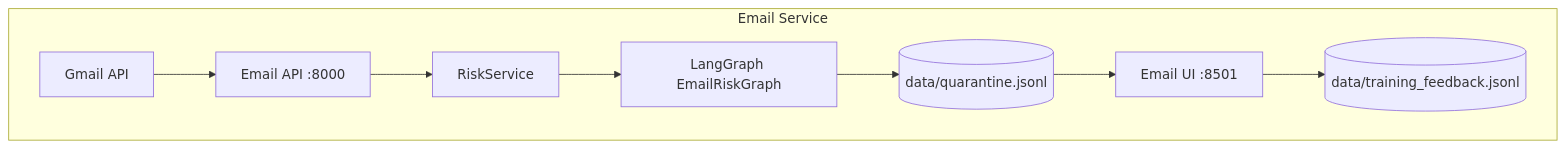
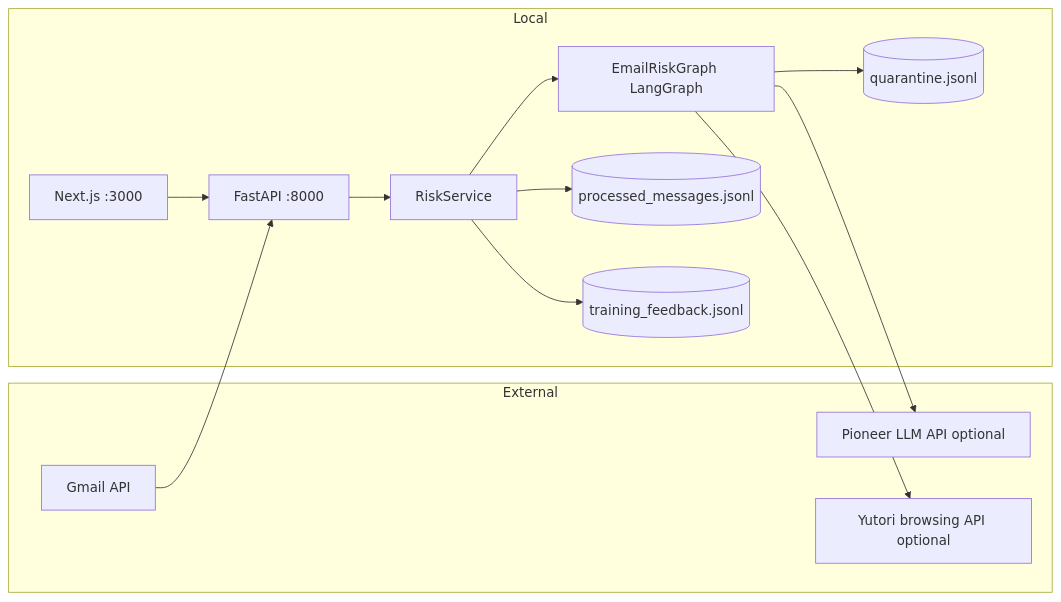
The first of 4 diagrams in README.md (pramodthe/anti-scam.ai), drawn with Mermaid before and after one commit. The commit also changed other lines of this file and 21 other files, not shown here.

````diff
--- a/README.md
+++ b/README.md
@@ -23,12 +32,28 @@
 ```mermaid
-graph TB
-    subgraph Email Service
-        Gmail[Gmail API] --> EmailAPI[Email API :8000]
-        EmailAPI --> RiskService[RiskService]
-        RiskService --> RiskGraph[LangGraph EmailRiskGraph]
-        RiskGraph --> Quarantine[(data/quarantine.jsonl)]
-        Quarantine --> EmailUI[Email UI :8501]
-        EmailUI --> Feedback[(data/training_feedback.jsonl)]
-    end
+flowchart LR
+  subgraph External
+    Gmail[Gmail API]
+    Pioneer[Pioneer LLM API optional]
+    Yutori[Yutori browsing API optional]
+  end
 
+  subgraph Local
+    API[FastAPI :8000]
+    RS[RiskService]
+    G[EmailRiskGraph LangGraph]
+    Q[(quarantine.jsonl)]
+    P[(processed_messages.jsonl)]
+    F[(training_feedback.jsonl)]
+    UI[Next.js :3000]
+  end
+
+  Gmail --> API
+  API --> RS
+  RS --> G
+  G --> Pioneer
+  G --> Yutori
+  G --> Q
+  RS --> P
+  RS --> F
+  UI --> API
 ```
````
